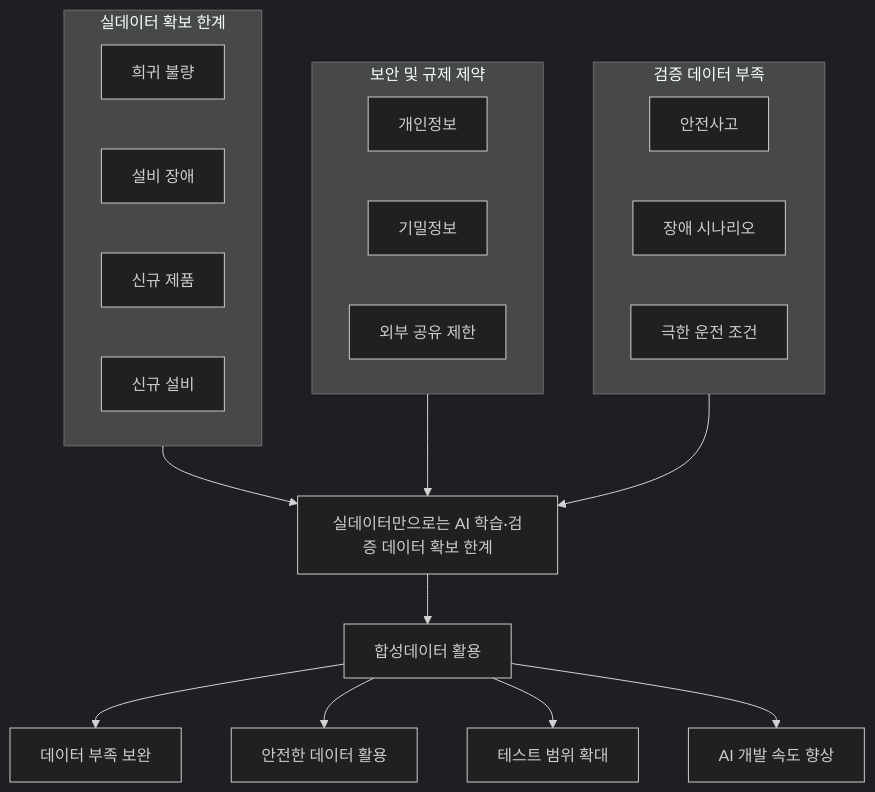
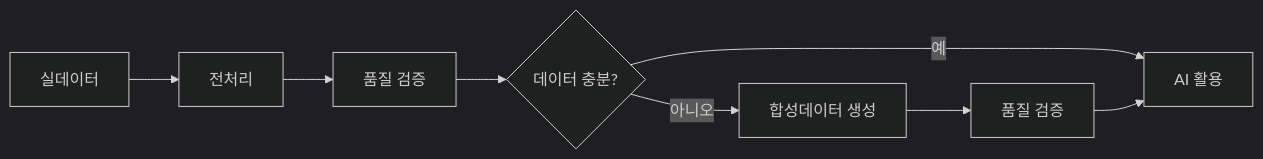
The first of 5 diagrams in 가이드 작성/E-2 합성데이터/E-2 합성데이터_0623.md (jin-kearney/ai-ready-data-manual), drawn with Mermaid (dark theme) before and after one commit. The commit also changed other lines of this file, not shown here.

Commit message:
Update E-2 합성데이터_0623.md

````diff
--- a/가이드 작성/E-2 합성데이터/E-2 합성데이터_0623.md
+++ b/가이드 작성/E-2 합성데이터/E-2 합성데이터_0623.md
@@ -101,33 +48,17 @@
 ```mermaid
-flowchart TB
+flowchart LR
 
-subgraph P1["실데이터 확보 한계"]
-A1["희귀 불량"]
-A2["설비 장애"]
-A3["신규 제품"]
-A4["신규 설비"]
-end
+A["실데이터"]
+--> B["전처리"]
+--> C["품질 검증"]
 
-subgraph P2["보안 및 규제 제약"]
-B1["개인정보"]
-B2["기밀정보"]
-B3["외부 공유 제한"]
-end
+C --> D{"데이터 충분?"}
 
-subgraph P3["검증 데이터 부족"]
-C1["안전사고"]
-C2["장애 시나리오"]
-C3["극한 운전 조건"]
-end
+D -->|예| E["AI 활용"]
 
-P1 --> D["실데이터만으로는 AI 학습·검증 데이터 확보 한계"]
-P2 --> D
-P3 --> D
+D -->|아니오| F["합성데이터 생성"]
 
-D --> E["합성데이터 활용"]
+F --> G["품질 검증"]
 
-E --> F1["데이터 부족 보완"]
-E --> F2["안전한 데이터 활용"]
-E --> F3["테스트 범위 확대"]
-E --> F4["AI 개발 속도 향상"]
+G --> E
 ```
````
